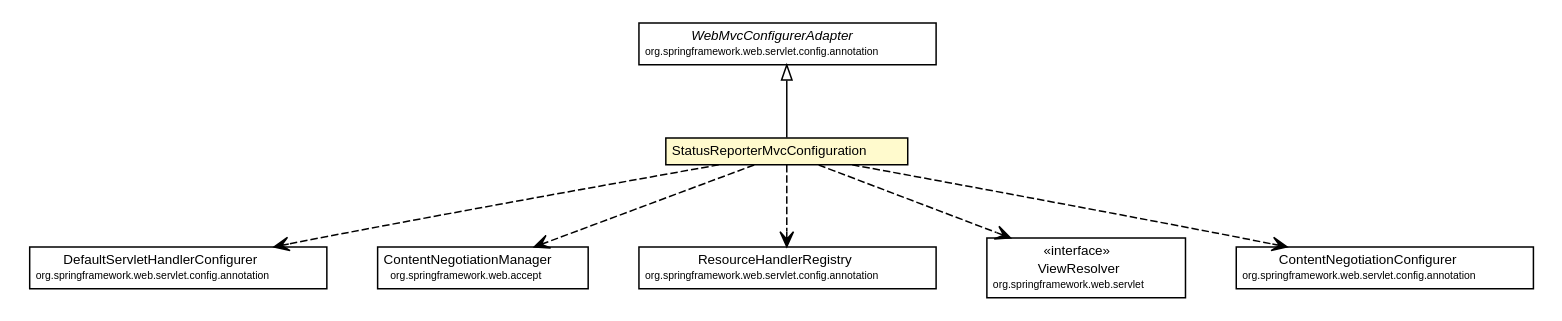
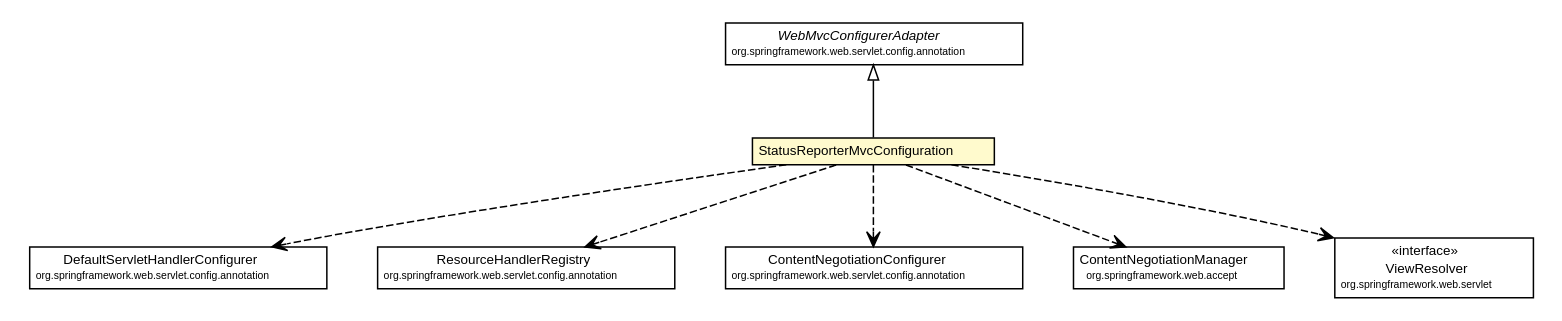
Before and after one commit to willmorejg/net.ljcomputing.status-reporter: the diagram in docs/javadoc/apidocs/net/ljcomputing/sr/config/StatusReporterMvcConfiguration.dot, drawn with Graphviz. The commit also changed 207 other files, not shown here.

```diff
--- a/docs/javadoc/apidocs/net/ljcomputing/sr/config/StatusReporterMvcConfiguration.dot
+++ b/docs/javadoc/apidocs/net/ljcomputing/sr/config/StatusReporterMvcConfiguration.dot
@@ -1,73 +1,73 @@
 #!/usr/local/bin/dot
 #
 # Class diagram 
 # Generated by UMLGraph version R5_6-24-gf6e263 (http://www.umlgraph.org/)
 #
 
 digraph G {
 	edge [fontname="Helvetica",fontsize=10,labelfontname="Helvetica",labelfontsize=10];
 	node [fontname="Helvetica",fontsize=10,shape=plaintext];
 	nodesep=0.25;
 	ranksep=0.5;
 	// net.ljcomputing.sr.config.StatusReporterMvcConfiguration
 	c2625 [label=<<table title="net.ljcomputing.sr.config.StatusReporterMvcConfiguration" border="0" cellborder="1" cellspacing="0" cellpadding="2" port="p" bgcolor="lemonChiffon" href="./StatusReporterMvcConfiguration.html">
 		<tr><td><table border="0" cellspacing="0" cellpadding="1">
 <tr><td align="center" balign="center"> StatusReporterMvcConfiguration </td></tr>
 		</table></td></tr>
 		</table>>, URL="./StatusReporterMvcConfiguration.html", fontname="Helvetica", fontcolor="black", fontsize=9.0];
 	//net.ljcomputing.sr.config.StatusReporterMvcConfiguration extends org.springframework.web.servlet.config.annotation.WebMvcConfigurerAdapter
 	c2632:p -> c2625:p [dir=back,arrowtail=empty];
 	// net.ljcomputing.sr.config.StatusReporterMvcConfiguration DEPEND org.springframework.web.servlet.config.annotation.DefaultServletHandlerConfigurer
 	c2625:p -> c2635:p [taillabel="", label="", headlabel="", fontname="Helvetica", fontcolor="black", fontsize=10.0, color="black", arrowhead=open, style=dashed];
+	// net.ljcomputing.sr.config.StatusReporterMvcConfiguration DEPEND org.springframework.web.servlet.config.annotation.ResourceHandlerRegistry
+	c2625:p -> c2637:p [taillabel="", label="", headlabel="", fontname="Helvetica", fontcolor="black", fontsize=10.0, color="black", arrowhead=open, style=dashed];
+	// net.ljcomputing.sr.config.StatusReporterMvcConfiguration DEPEND org.springframework.web.servlet.config.annotation.ContentNegotiationConfigurer
+	c2625:p -> c2641:p [taillabel="", label="", headlabel="", fontname="Helvetica", fontcolor="black", fontsize=10.0, color="black", arrowhead=open, style=dashed];
 	// net.ljcomputing.sr.config.StatusReporterMvcConfiguration DEPEND org.springframework.web.accept.ContentNegotiationManager
-	c2625:p -> c2640:p [taillabel="", label="", headlabel="", fontname="Helvetica", fontcolor="black", fontsize=10.0, color="black", arrowhead=open, style=dashed];
-	// net.ljcomputing.sr.config.StatusReporterMvcConfiguration DEPEND org.springframework.web.servlet.config.annotation.ResourceHandlerRegistry
-	c2625:p -> c2642:p [taillabel="", label="", headlabel="", fontname="Helvetica", fontcolor="black", fontsize=10.0, color="black", arrowhead=open, style=dashed];
+	c2625:p -> c2644:p [taillabel="", label="", headlabel="", fontname="Helvetica", fontcolor="black", fontsize=10.0, color="black", arrowhead=open, style=dashed];
 	// net.ljcomputing.sr.config.StatusReporterMvcConfiguration DEPEND org.springframework.web.servlet.ViewResolver
-	c2625:p -> c2644:p [taillabel="", label="", headlabel="", fontname="Helvetica", fontcolor="black", fontsize=10.0, color="black", arrowhead=open, style=dashed];
-	// net.ljcomputing.sr.config.StatusReporterMvcConfiguration DEPEND org.springframework.web.servlet.config.annotation.ContentNegotiationConfigurer
 	c2625:p -> c2646:p [taillabel="", label="", headlabel="", fontname="Helvetica", fontcolor="black", fontsize=10.0, color="black", arrowhead=open, style=dashed];
 	// org.springframework.web.servlet.config.annotation.DefaultServletHandlerConfigurer
 	c2635 [label=<<table title="org.springframework.web.servlet.config.annotation.DefaultServletHandlerConfigurer" border="0" cellborder="1" cellspacing="0" cellpadding="2" port="p">
 		<tr><td><table border="0" cellspacing="0" cellpadding="1">
 <tr><td align="center" balign="center"> DefaultServletHandlerConfigurer </td></tr>
 <tr><td align="center" balign="center"><font point-size="7.0"> org.springframework.web.servlet.config.annotation </font></td></tr>
 		</table></td></tr>
 		</table>>, URL="null", fontname="Helvetica", fontcolor="black", fontsize=9.0];
 	// org.springframework.web.servlet.config.annotation.ContentNegotiationConfigurer
-	c2646 [label=<<table title="org.springframework.web.servlet.config.annotation.ContentNegotiationConfigurer" border="0" cellborder="1" cellspacing="0" cellpadding="2" port="p">
+	c2641 [label=<<table title="org.springframework.web.servlet.config.annotation.ContentNegotiationConfigurer" border="0" cellborder="1" cellspacing="0" cellpadding="2" port="p">
 		<tr><td><table border="0" cellspacing="0" cellpadding="1">
 <tr><td align="center" balign="center"> ContentNegotiationConfigurer </td></tr>
 <tr><td align="center" balign="center"><font point-size="7.0"> org.springframework.web.servlet.config.annotation </font></td></tr>
 		</table></td></tr>
 		</table>>, URL="null", fontname="Helvetica", fontcolor="black", fontsize=9.0];
 	// org.springframework.web.servlet.config.annotation.WebMvcConfigurerAdapter
 	c2632 [label=<<table title="org.springframework.web.servlet.config.annotation.WebMvcConfigurerAdapter" border="0" cellborder="1" cellspacing="0" cellpadding="2" port="p">
 		<tr><td><table border="0" cellspacing="0" cellpadding="1">
 <tr><td align="center" balign="center"><font face="Helvetica-Oblique"> WebMvcConfigurerAdapter </font></td></tr>
 <tr><td align="center" balign="center"><font point-size="7.0"> org.springframework.web.servlet.config.annotation </font></td></tr>
 		</table></td></tr>
 		</table>>, URL="null", fontname="Helvetica", fontcolor="black", fontsize=9.0];
 	// org.springframework.web.servlet.ViewResolver
-	c2644 [label=<<table title="org.springframework.web.servlet.ViewResolver" border="0" cellborder="1" cellspacing="0" cellpadding="2" port="p">
+	c2646 [label=<<table title="org.springframework.web.servlet.ViewResolver" border="0" cellborder="1" cellspacing="0" cellpadding="2" port="p">
 		<tr><td><table border="0" cellspacing="0" cellpadding="1">
 <tr><td align="center" balign="center"> &#171;interface&#187; </td></tr>
 <tr><td align="center" balign="center"> ViewResolver </td></tr>
 <tr><td align="center" balign="center"><font point-size="7.0"> org.springframework.web.servlet </font></td></tr>
 		</table></td></tr>
 		</table>>, URL="null", fontname="Helvetica", fontcolor="black", fontsize=9.0];
 	// org.springframework.web.servlet.config.annotation.ResourceHandlerRegistry
-	c2642 [label=<<table title="org.springframework.web.servlet.config.annotation.ResourceHandlerRegistry" border="0" cellborder="1" cellspacing="0" cellpadding="2" port="p">
+	c2637 [label=<<table title="org.springframework.web.servlet.config.annotation.ResourceHandlerRegistry" border="0" cellborder="1" cellspacing="0" cellpadding="2" port="p">
 		<tr><td><table border="0" cellspacing="0" cellpadding="1">
 <tr><td align="center" balign="center"> ResourceHandlerRegistry </td></tr>
 <tr><td align="center" balign="center"><font point-size="7.0"> org.springframework.web.servlet.config.annotation </font></td></tr>
 		</table></td></tr>
 		</table>>, URL="null", fontname="Helvetica", fontcolor="black", fontsize=9.0];
 	// org.springframework.web.accept.ContentNegotiationManager
-	c2640 [label=<<table title="org.springframework.web.accept.ContentNegotiationManager" border="0" cellborder="1" cellspacing="0" cellpadding="2" port="p">
+	c2644 [label=<<table title="org.springframework.web.accept.ContentNegotiationManager" border="0" cellborder="1" cellspacing="0" cellpadding="2" port="p">
 		<tr><td><table border="0" cellspacing="0" cellpadding="1">
 <tr><td align="center" balign="center"> ContentNegotiationManager </td></tr>
 <tr><td align="center" balign="center"><font point-size="7.0"> org.springframework.web.accept </font></td></tr>
 		</table></td></tr>
 		</table>>, URL="null", fontname="Helvetica", fontcolor="black", fontsize=9.0];
 }
```
